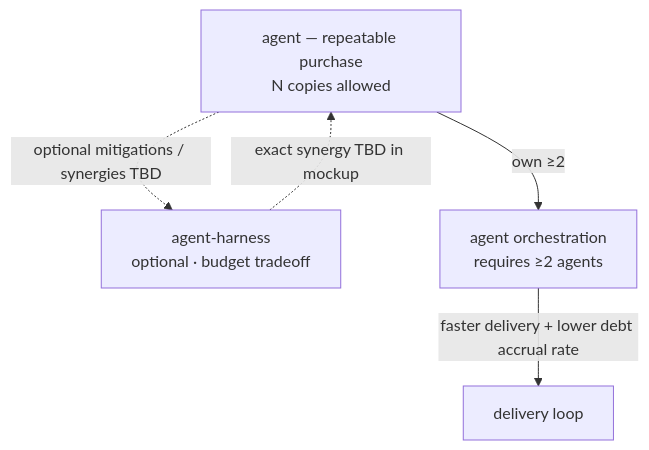
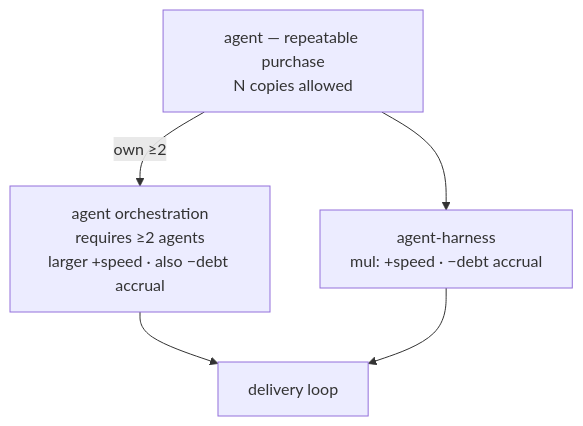
The fifth of 6 diagrams in docs/superpowers/specs/2026-08-11-p02-decision-graph-plan.md (anne-markis/software-factory-the-game), drawn with Mermaid before and after one commit. The commit also changed other lines of this file, not shown here.

First line of the commit message:
Lock harness/orch effects and Studio leftover shop cards.

````diff
--- a/docs/superpowers/specs/2026-08-11-p02-decision-graph-plan.md
+++ b/docs/superpowers/specs/2026-08-11-p02-decision-graph-plan.md
@@ -694,10 +695,10 @@
 ```mermaid
 flowchart TB
   agent["agent — repeatable purchase<br/>N copies allowed"]
-  harness["agent-harness<br/>optional · budget tradeoff"]
-  orch["agent orchestration<br/>requires ≥2 agents"]
+  harness["agent-harness<br/>mul: +speed · −debt accrual"]
+  orch["agent orchestration<br/>requires ≥2 agents<br/>larger +speed · also −debt accrual"]
   agent -->|"own ≥2"| orch
-  agent -.->|optional mitigations / synergies TBD| harness
-  harness -.->|exact synergy TBD in mockup| agent
-  orch -->|"faster delivery + lower debt accrual rate"| loop[delivery loop]
+  agent --> harness
+  orch --> loop[delivery loop]
+  harness --> loop
 ```
````
